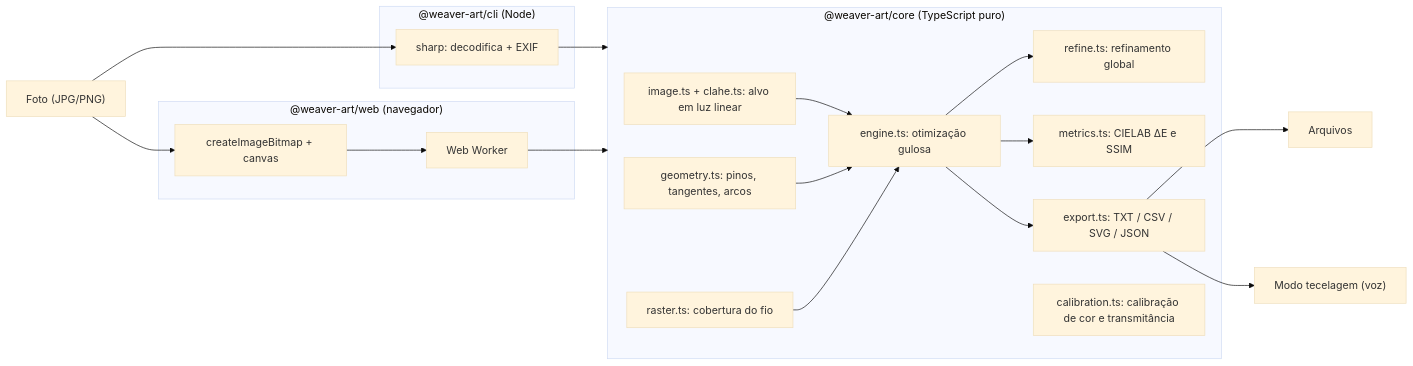
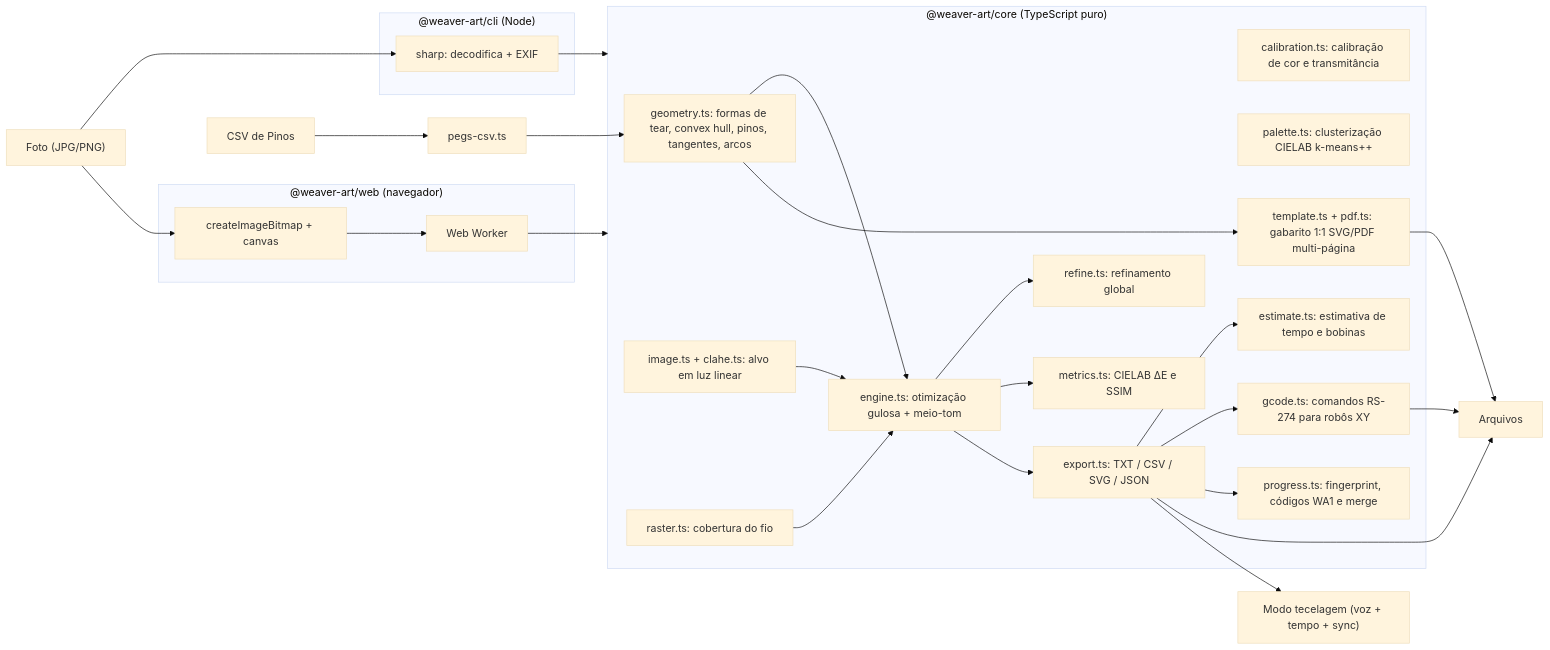
The diagram in docs/ARCHITECTURE.md (AyrtonLoks/weaver-art), drawn with Mermaid (base theme) before and after one commit. The commit also changed other lines of this file and 38 other files, not shown here.

First line of the commit message:
feat: conclui v0.4.0 com teares retangulares/CSV, gabaritos PDF/SVG, estimativas, G-code e sincronizacao

````diff
--- a/docs/ARCHITECTURE.md
+++ b/docs/ARCHITECTURE.md
@@ -5,24 +5,37 @@
 ```mermaid
 flowchart LR
   photo["Foto (JPG/PNG)"] --> decode
+  csvIn["CSV de Pinos"] --> pegsCsv["pegs-csv.ts"]
   subgraph cli["@weaver-art/cli (Node)"]
     decode["sharp: decodifica + EXIF"]
   end
   subgraph web["@weaver-art/web (navegador)"]
     bitmap["createImageBitmap + canvas"] --> worker["Web Worker"]
   end
   photo --> bitmap
   decode --> core
   worker --> core
+  pegsCsv --> geo
   subgraph core["@weaver-art/core (TypeScript puro)"]
-    prep["image.ts + clahe.ts: alvo em luz linear"] --> engine["engine.ts: otimização gulosa"]
-    geo["geometry.ts: pinos, tangentes, arcos"] --> engine
+    prep["image.ts + clahe.ts: alvo em luz linear"] --> engine["engine.ts: otimização gulosa + meio-tom"]
+    geo["geometry.ts: formas de tear, convex hull, pinos, tangentes, arcos"] --> engine
     ras["raster.ts: cobertura do fio"] --> engine
     engine --> refine["refine.ts: refinamento global"]
     engine --> metrics["metrics.ts: CIELAB ΔE e SSIM"]
     engine --> exp["export.ts: TXT / CSV / SVG / JSON"]
     calib["calibration.ts: calibração de cor e transmitância"]
+    pal["palette.ts: clusterização CIELAB k-means++"]
+    tmpl["template.ts + pdf.ts: gabarito 1:1 SVG/PDF multi-página"]
+    geo --> tmpl
+    est["estimate.ts: estimativa de tempo e bobinas"]
+    gc["gcode.ts: comandos RS-274 para robôs XY"]
+    prog["progress.ts: fingerprint, códigos WA1 e merge"]
+    exp --> est
+    exp --> gc
+    exp --> prog
   end
   exp --> files["Arquivos"]
-  exp --> player["Modo tecelagem (voz)"]
+  tmpl --> files
+  gc --> files
+  exp --> player["Modo tecelagem (voz + tempo + sync)"]
 ```
````
